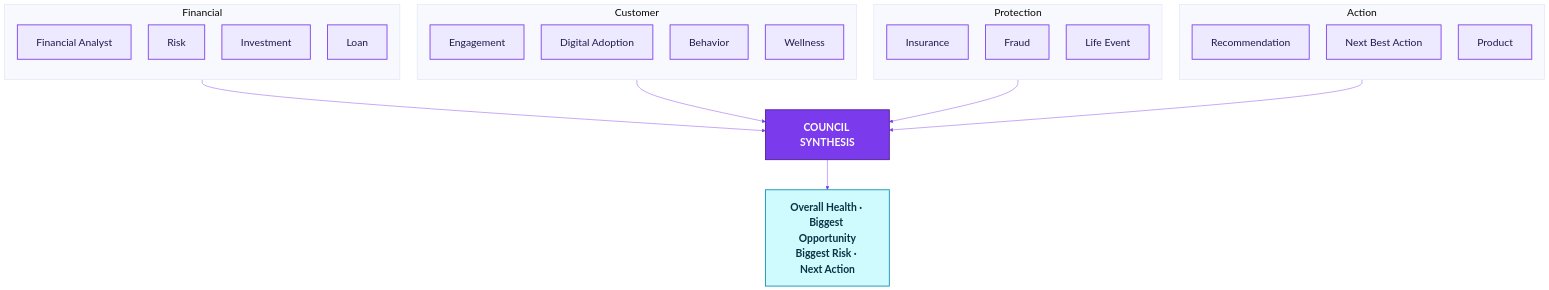
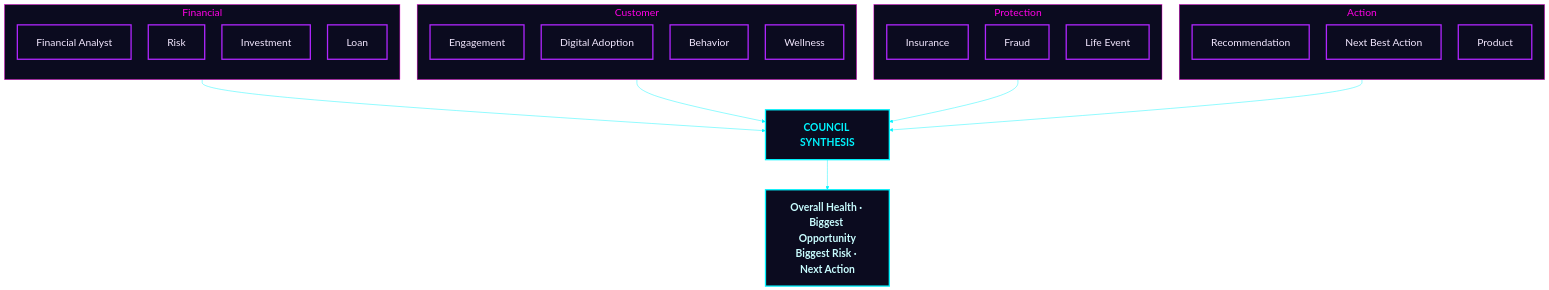
One commit to Mansi232323/MANSHORA changed the eighth of 13 diagrams in README.md. Above: the diagram before and after it, drawn with Mermaid. The commit also changed other lines of this file, not shown here.

````diff
--- a/README.md
+++ b/README.md
@@ -274,42 +274,42 @@
 ```mermaid
-%%{init: {'theme':'base','themeVariables':{'fontSize':'24px','lineColor':'#7c3aed'},'flowchart':{'nodeSpacing':40,'rankSpacing':70,'padding':22,'htmlLabels':true}}}%%
+%%{init: {'theme':'base','themeVariables':{'fontSize':'24px','lineColor':'#00f5ff','clusterBkg':'#0b0b1f','clusterBorder':'#ff00e5','titleColor':'#ff00e5','edgeLabelBackground':'#0b0b1f'},'flowchart':{'nodeSpacing':40,'rankSpacing':70,'padding':22,'htmlLabels':true}}}%%
 flowchart TB
     subgraph G1["Financial"]
         direction TB
         a1["Financial Analyst"]
         a2["Risk"]
         a3["Investment"]
         a4["Loan"]
     end
     subgraph G2["Customer"]
         direction TB
         a5["Engagement"]
         a6["Digital Adoption"]
         a7["Behavior"]
         a8["Wellness"]
     end
     subgraph G3["Protection"]
         direction TB
         a9["Insurance"]
         a10["Fraud"]
         a11["Life Event"]
     end
     subgraph G4["Action"]
         direction TB
         a12["Recommendation"]
         a13["Next Best Action"]
         a14["Product"]
     end
     G1 --> S
     G2 --> S
     G3 --> S
     G4 --> S
     S["<b>COUNCIL SYNTHESIS</b>"]
     S --> R["<b>Overall Health · Biggest Opportunity<br/>Biggest Risk · Next Action</b>"]
-    classDef agent fill:#ede9fe,stroke:#7c3aed,stroke-width:2px,color:#1e1b4b
-    classDef core fill:#7c3aed,stroke:#4c1d95,stroke-width:2px,color:#ffffff
-    classDef out fill:#cffafe,stroke:#0891b2,stroke-width:2px,color:#083344
+    classDef agent fill:#0b0b1f,stroke:#b026ff,stroke-width:3px,color:#f3e8ff
+    classDef core fill:#0b0b1f,stroke:#00f5ff,stroke-width:3px,color:#00f5ff
+    classDef out fill:#0b0b1f,stroke:#00f5ff,stroke-width:3px,color:#c9fdff
     class a1,a2,a3,a4,a5,a6,a7,a8,a9,a10,a11,a12,a13,a14 agent
     class S core
     class R out
 ```
````
